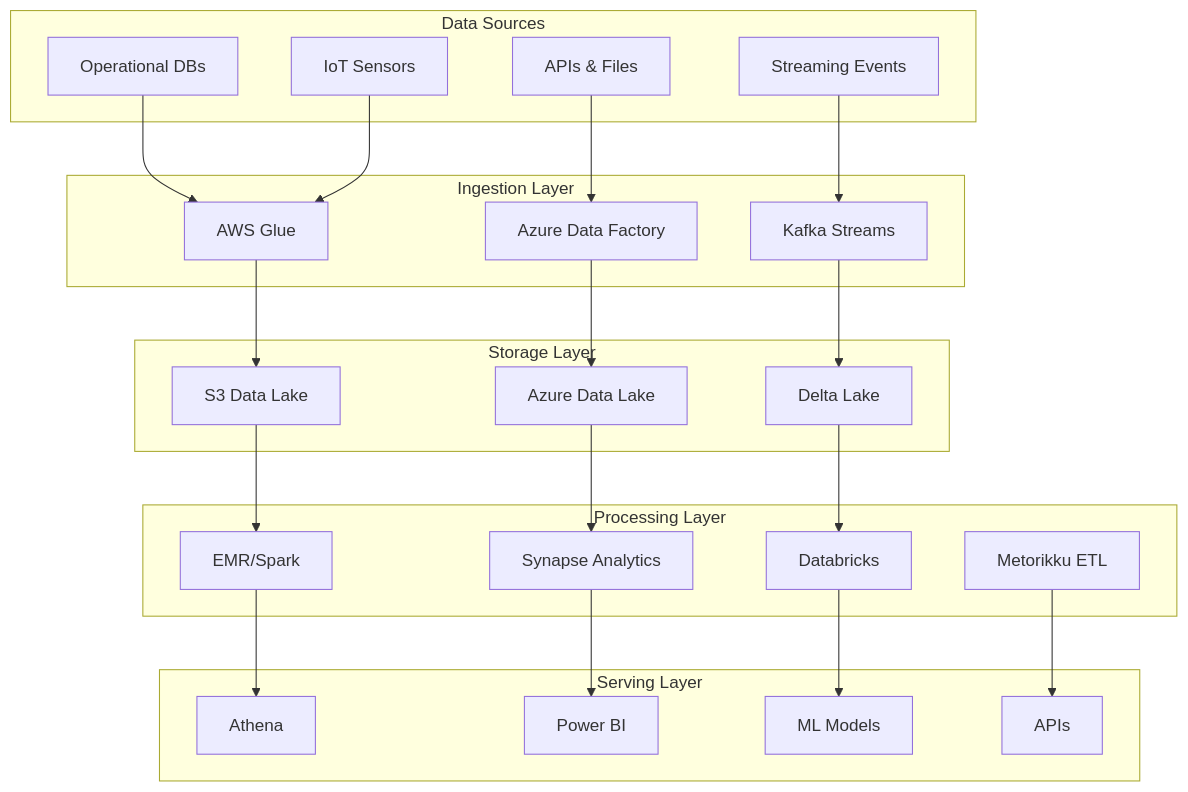
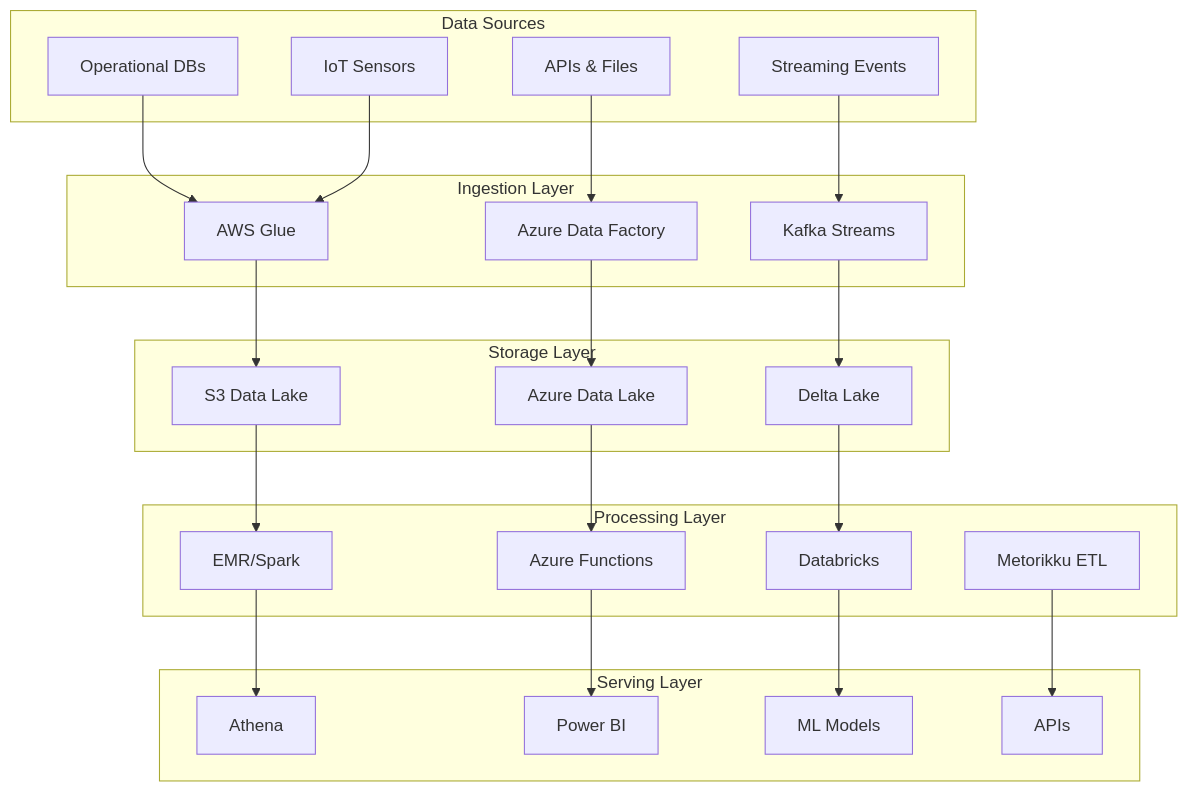
One commit to lavoisierkai/BigData-Demos changed the diagram in README.md. Above: the diagram before and after it, drawn with Mermaid. The commit also changed other lines of this file and 4 other files, not shown here.

````diff
--- a/README.md
+++ b/README.md
@@ -27,53 +27,53 @@
 ```mermaid
 graph TB
     subgraph "Data Sources"
         A[Operational DBs]
         B[APIs & Files]
         C[Streaming Events]
         D[IoT Sensors]
     end
     
     subgraph "Ingestion Layer"
         E[AWS Glue]
         F[Azure Data Factory]
         G[Kafka Streams]
     end
     
     subgraph "Storage Layer"
         H[S3 Data Lake]
         I[Azure Data Lake]
         J[Delta Lake]
     end
     
     subgraph "Processing Layer"
         K[EMR/Spark]
-        L[Synapse Analytics]
+        L[Azure Functions]
         M[Databricks]
         N[Metorikku ETL]
     end
     
     subgraph "Serving Layer"
         O[Athena]
         P[Power BI]
         Q[ML Models]
         R[APIs]
     end
     
     A --> E
     B --> F
     C --> G
     D --> E
     
     E --> H
     F --> I
     G --> J
     
     H --> K
     I --> L
     J --> M
     
     K --> O
     L --> P
     M --> Q
     N --> R
 ```
````
